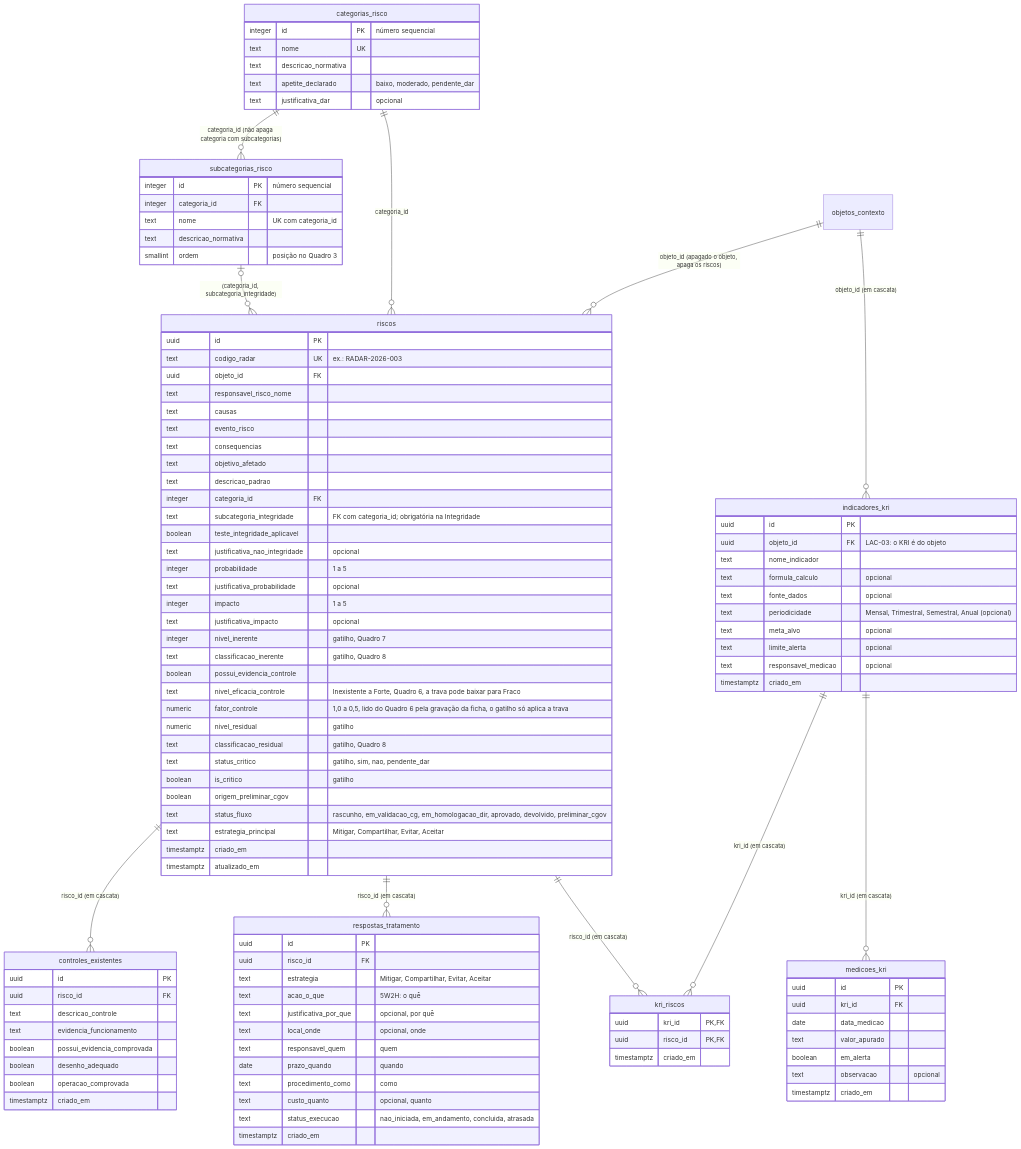
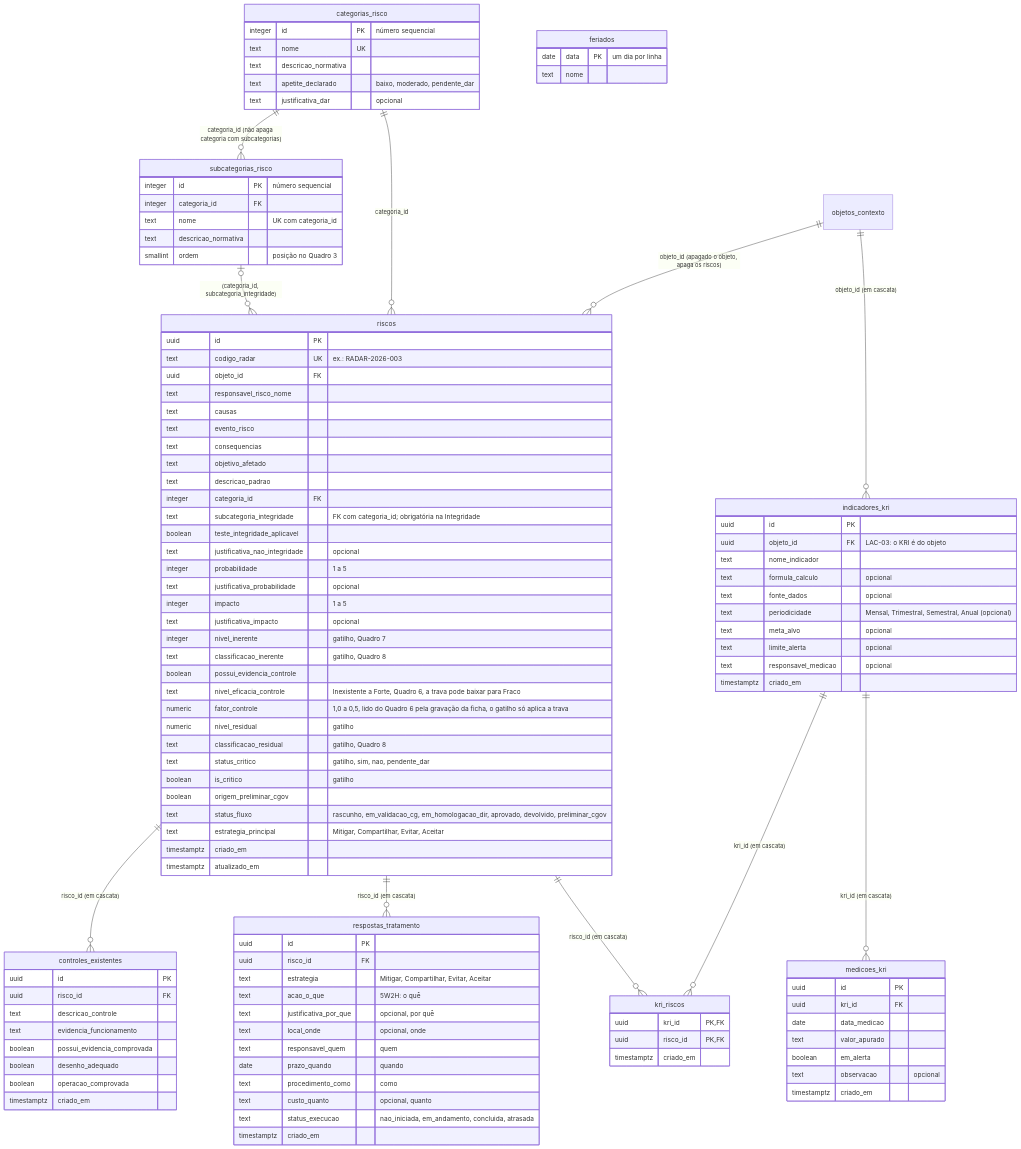
One commit to lpchagas/cgov-riscos changed the second of 3 diagrams in docs/40-nivel4-dados/der-logico.md. Above: the diagram before and after it, drawn with Mermaid. The commit also changed other lines of this file and 2 other files, not shown here.

Commit message:
feat(lac-03): feriados e dias úteis no banco

```diff
--- a/docs/40-nivel4-dados/der-logico.md
+++ b/docs/40-nivel4-dados/der-logico.md
@@ -120,6 +120,10 @@
         text nome "UK com categoria_id"
         text descricao_normativa
         smallint ordem "posição no Quadro 3"
+    }
+    feriados {
+        date data PK "um dia por linha"
+        text nome
     }
     riscos {
         uuid id PK
```
